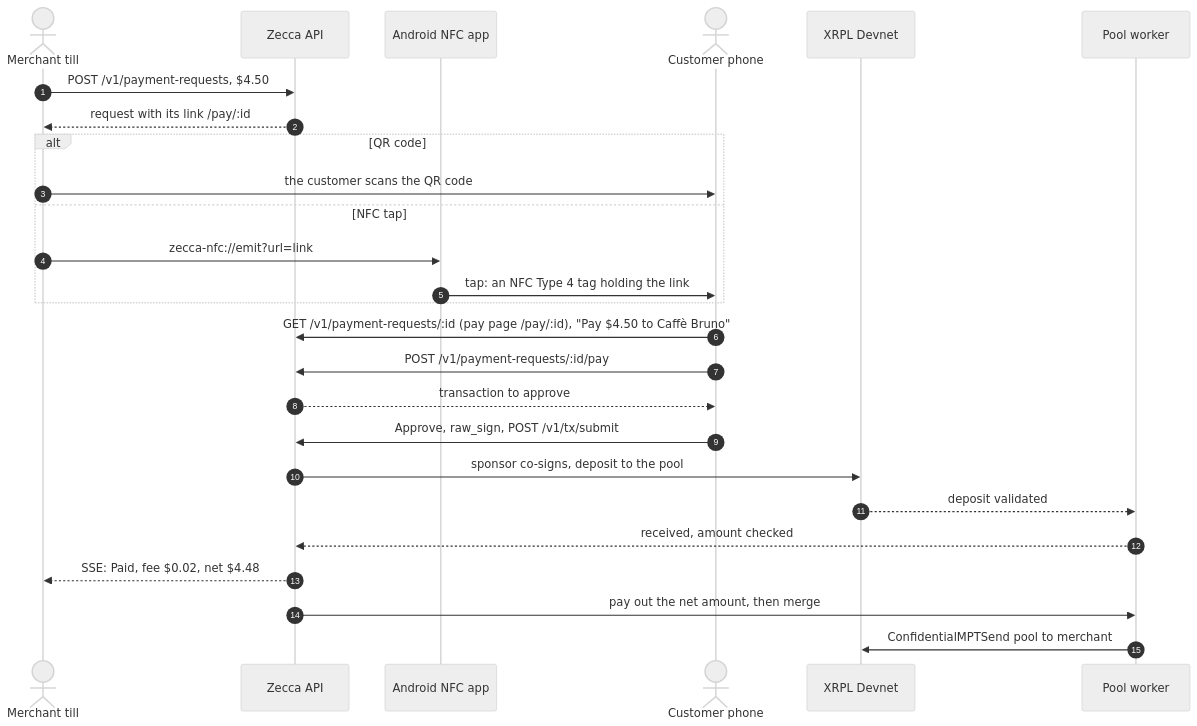
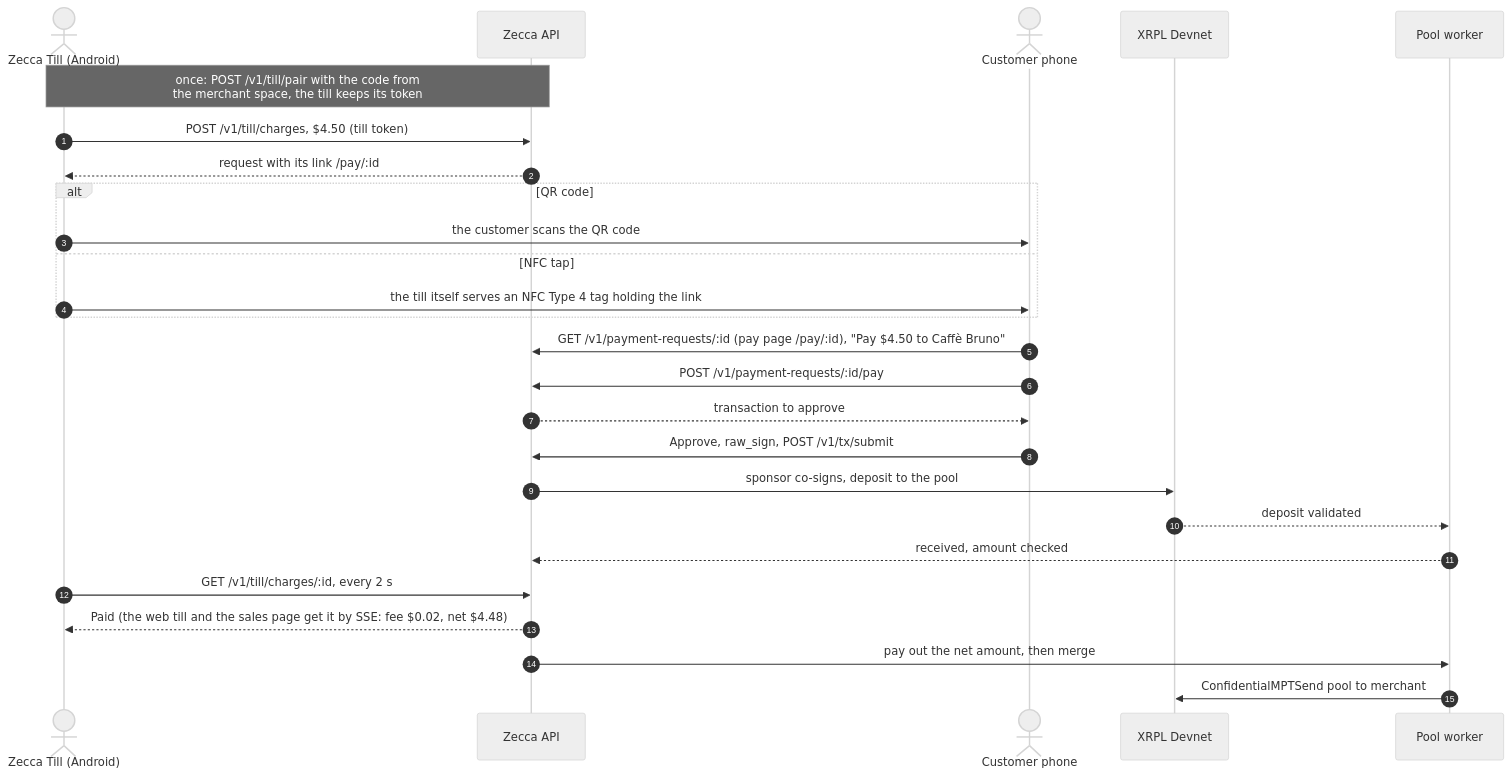
One commit to FehlmannDy/Zecca changed the fourth of 6 diagrams in README.md. Above: the diagram before and after it, drawn with Mermaid (neutral theme). The commit also changed other lines of this file, not shown here.

First line of the commit message:
docs: README covers Zecca Till, merchant sales, Pay with Zecca, cash-out and the Earn way back

````diff
--- a/README.md
+++ b/README.md
@@ -148,29 +154,29 @@
 ```mermaid
 sequenceDiagram
   autonumber
-  actor M as Merchant till
+  actor M as Zecca Till (Android)
   participant API as Zecca API
-  participant N as Android NFC app
   actor C as Customer phone
   participant L as XRPL Devnet
   participant PW as Pool worker
 
-  M->>API: POST /v1/payment-requests, $4.50
+  Note over M,API: once: POST /v1/till/pair with the code from<br/>the merchant space, the till keeps its token
+  M->>API: POST /v1/till/charges, $4.50 (till token)
   API-->>M: request with its link /pay/:id
   alt QR code
     M->>C: the customer scans the QR code
   else NFC tap
-    M->>N: zecca-nfc://emit?url=link
-    N->>C: tap: an NFC Type 4 tag holding the link
+    M->>C: the till itself serves an NFC Type 4 tag holding the link
   end
   C->>API: GET /v1/payment-requests/:id (pay page /pay/:id), "Pay $4.50 to Caffè Bruno"
   C->>API: POST /v1/payment-requests/:id/pay
   API-->>C: transaction to approve
   C->>API: Approve, raw_sign, POST /v1/tx/submit
   API->>L: sponsor co-signs, deposit to the pool
   L-->>PW: deposit validated
   PW-->>API: received, amount checked
-  API-->>M: SSE: Paid, fee $0.02, net $4.48
+  M->>API: GET /v1/till/charges/:id, every 2 s
+  API-->>M: Paid (the web till and the sales page get it by SSE: fee $0.02, net $4.48)
   API->>PW: pay out the net amount, then merge
   PW->>L: ConfidentialMPTSend pool to merchant
 ```
````
